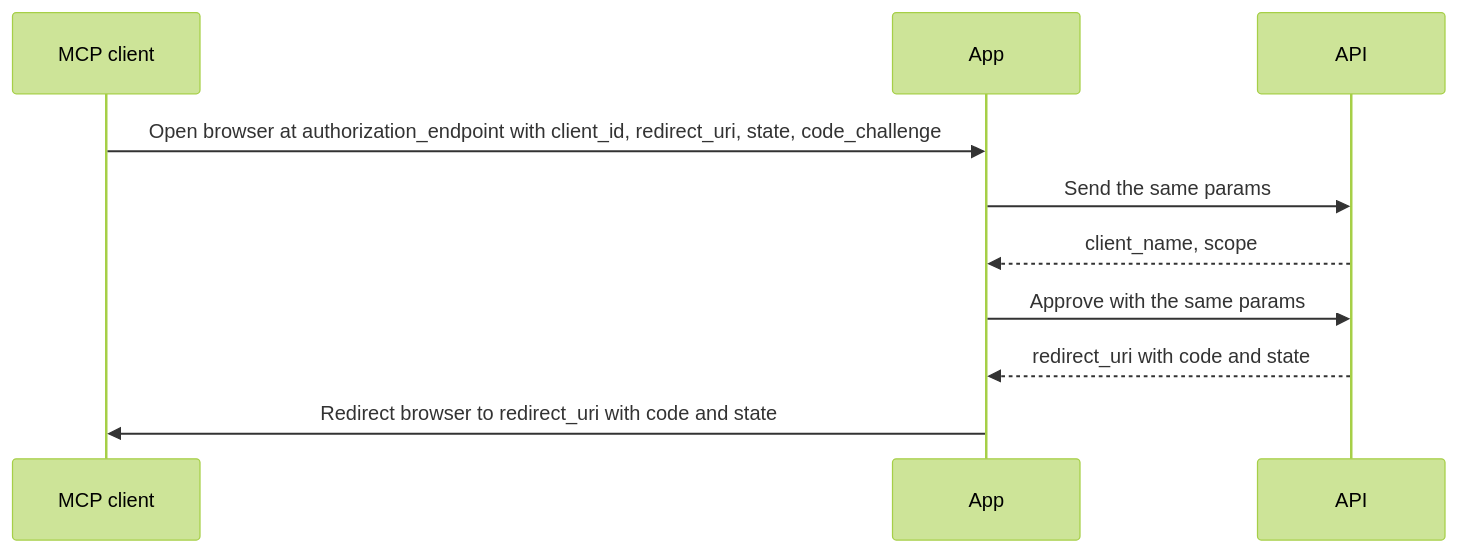
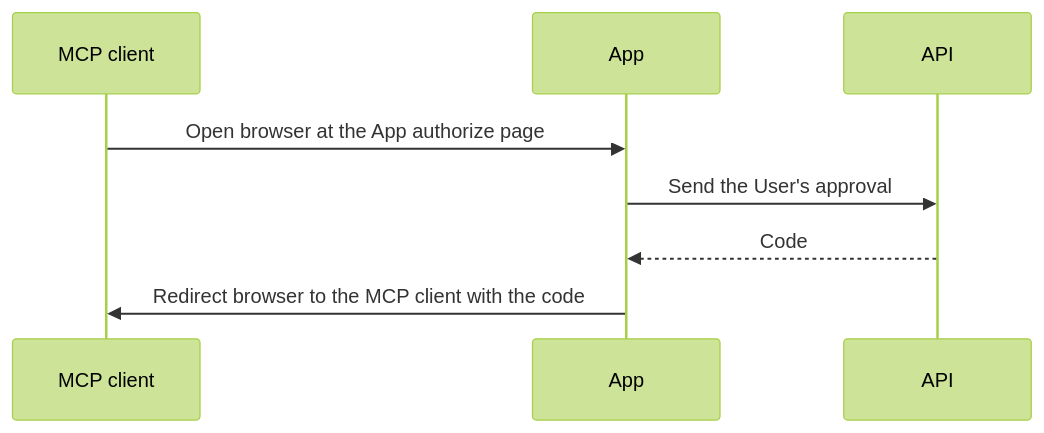
One commit to websanova/starter-flows changed the second of 2 diagrams in public/specs/docs/setup/Auth.md. Above: the diagram before and after it, drawn with Mermaid (forest theme). The commit also changed other lines of this file, not shown here.

````diff
--- a/public/specs/docs/setup/Auth.md
+++ b/public/specs/docs/setup/Auth.md
@@ -62,12 +23,10 @@
 ```mermaid
 sequenceDiagram
     participant C as MCP client
     participant A as App
     participant P as API
-    C->>A: Open browser at authorization_endpoint with client_id, redirect_uri, state, code_challenge
-    A->>P: Send the same params
-    P-->>A: client_name, scope
-    A->>P: Approve with the same params
-    P-->>A: redirect_uri with code and state
-    A->>C: Redirect browser to redirect_uri with code and state
+    C->>A: Open browser at the App authorize page
+    A->>P: Send the User's approval
+    P-->>A: Code
+    A->>C: Redirect browser to the MCP client with the code
 ```
````
